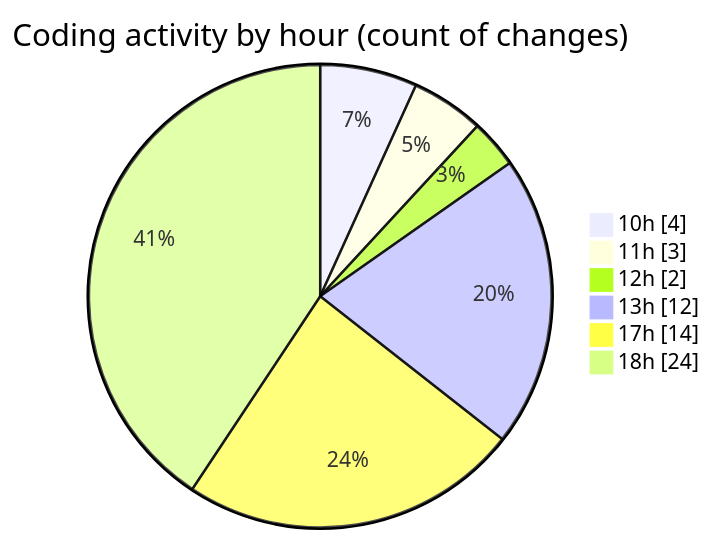
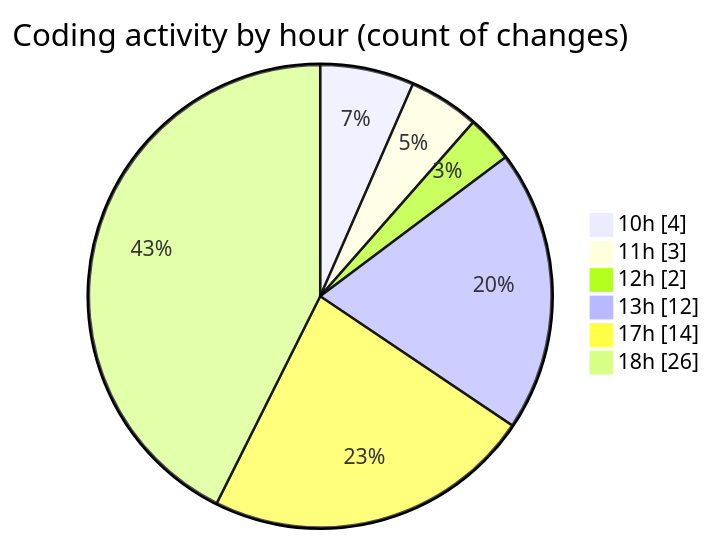
One commit to nxtqubesakshisongat/code-tracking changed the second of 2 diagrams in 2026-08-21/nxtqube_webapp/README.md. Above: the diagram before and after it, drawn with Mermaid. The commit also changed other lines of this file and 1 other file, not shown here.

````diff
--- a/2026-08-21/nxtqube_webapp/README.md
+++ b/2026-08-21/nxtqube_webapp/README.md
@@ -52,10 +53,10 @@
 ```mermaid
 pie showData
 title Coding activity by hour (count of changes)
 "10h" : 4
 "11h" : 3
 "12h" : 2
 "13h" : 12
 "17h" : 14
-"18h" : 24
+"18h" : 26
 ```
````
